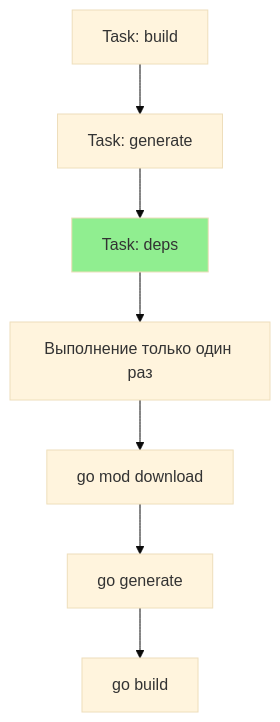
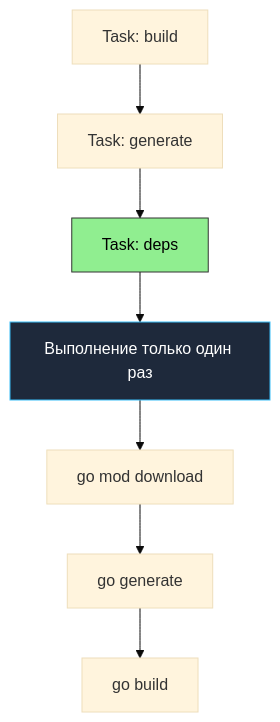
The diagram in sources/8. Инфраструктура языка, Тулинг и CI_CD/21. Taskfile как альтернатива Makefile.md (UnrealTemplier/go-textbook), drawn with Mermaid (base theme) before and after one commit. The commit also changed other lines of this file, not shown here.

````diff
--- a/sources/8. Инфраструктура языка, Тулинг и CI_CD/21. Taskfile как альтернатива Makefile.md
+++ b/sources/8. Инфраструктура языка, Тулинг и CI_CD/21. Taskfile как альтернатива Makefile.md
@@ -70,12 +80,13 @@
 ```mermaid
 flowchart TD
     A["Task: build"] --> B["Task: generate"]
     B --> C["Task: deps"]
     
     C --> D["Выполнение только один раз"]
     D --> E["go mod download"]
     E --> F["go generate"]
     F --> G["go build"]
     
-    style C fill:#90EE90
+    style C fill:#90EE90,stroke:#333,color:#000
+    style D fill:#1e293b,stroke:#38bdf8,color:#fff
 ```
````
